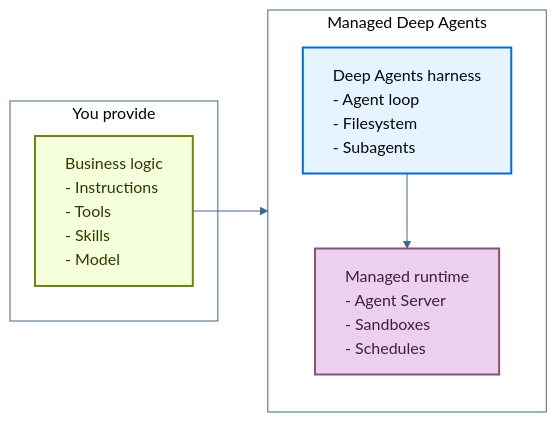
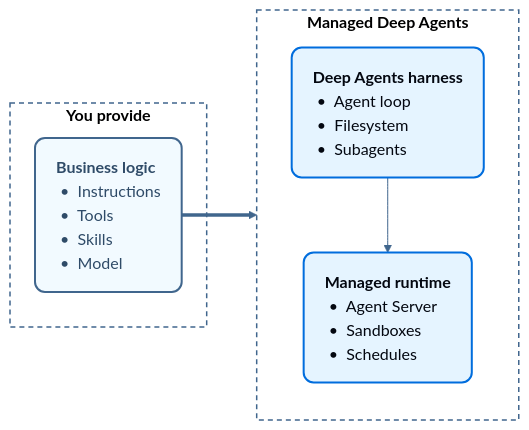
Before and after one commit to SpiliosDimakopoulos/docs: the diagram in build/langsmith/javascript/managed-deep-agents-overview.mdx, drawn with Mermaid. The commit also changed other lines of this file and 3132 other files, not shown here.

````diff
--- a/build/langsmith/javascript/managed-deep-agents-overview.mdx
+++ b/build/langsmith/javascript/managed-deep-agents-overview.mdx
@@ -14,26 +14,24 @@
 ```mermaid actions={false}
-%%{init: {"theme": "base", "themeVariables": {"lineColor": "#40668D", "primaryColor": "#E5F4FF", "primaryTextColor": "#030710", "primaryBorderColor": "#006DDD"}}}%%
+%%{init: {"theme":"base","themeVariables":{"fontFamily":"Inter, system-ui, sans-serif","lineColor":"#40668D","primaryColor":"#E5F4FF","primaryTextColor":"#030710","primaryBorderColor":"#006DDD","clusterBkg":"transparent"}}}%%
 flowchart LR
-    subgraph you["You provide"]
-        Logic["<div style='text-align:left'>Business logic<br/>- Instructions<br/>- Tools<br/>- Skills<br/>- Model</div>"]
+    subgraph you["<b>You provide</b>"]
+        Logic("<div style='text-align:left;padding:2px 6px'><b>Business logic</b><br/>&nbsp;•&nbsp; Instructions<br/>&nbsp;•&nbsp; Tools<br/>&nbsp;•&nbsp; Skills<br/>&nbsp;•&nbsp; Model</div>")
     end
-    subgraph mda["Managed Deep Agents"]
+    subgraph mda["<b>Managed Deep Agents</b>"]
         direction TB
-        Harness["<div style='text-align:left'>Deep Agents harness<br/>- Agent loop<br/>- Filesystem<br/>- Subagents</div>"]
-        Runtime["<div style='text-align:left'>Managed runtime<br/>- Agent Server<br/>- Sandboxes<br/>- Schedules</div>"]
+        Harness("<div style='text-align:left;padding:2px 6px'><b>Deep Agents harness</b><br/>&nbsp;•&nbsp; Agent loop<br/>&nbsp;•&nbsp; Filesystem<br/>&nbsp;•&nbsp; Subagents</div>")
+        Runtime("<div style='text-align:left;padding:2px 6px'><b>Managed runtime</b><br/>&nbsp;•&nbsp; Agent Server<br/>&nbsp;•&nbsp; Sandboxes<br/>&nbsp;•&nbsp; Schedules</div>")
         Harness --> Runtime
     end
 
-    Logic --> mda
+    Logic ==> mda
 
-    classDef process fill:#E5F4FF,stroke:#006DDD,stroke-width:2px,color:#030710
-    classDef trigger fill:#F6FFDB,stroke:#6E8900,stroke-width:2px,color:#2E3900
-    classDef output fill:#EBD0F0,stroke:#885270,stroke-width:2px,color:#441E33
+    classDef neutral fill:#F2FAFF,stroke:#40668D,stroke-width:2px,color:#2F4B68,rx:10,ry:10
+    classDef process fill:#E5F4FF,stroke:#006DDD,stroke-width:2px,color:#030710,rx:10,ry:10
 
-    class Logic trigger
-    class Harness process
-    class Runtime output
+    class Logic neutral
+    class Harness,Runtime process
 
-    style you fill:none,stroke:#40668D,stroke-width:1px
-    style mda fill:none,stroke:#40668D,stroke-width:1px
+    style you fill:none,stroke:#40668D,stroke-width:1.5px,stroke-dasharray:5 4
+    style mda fill:none,stroke:#40668D,stroke-width:1.5px,stroke-dasharray:5 4
 ```
````
